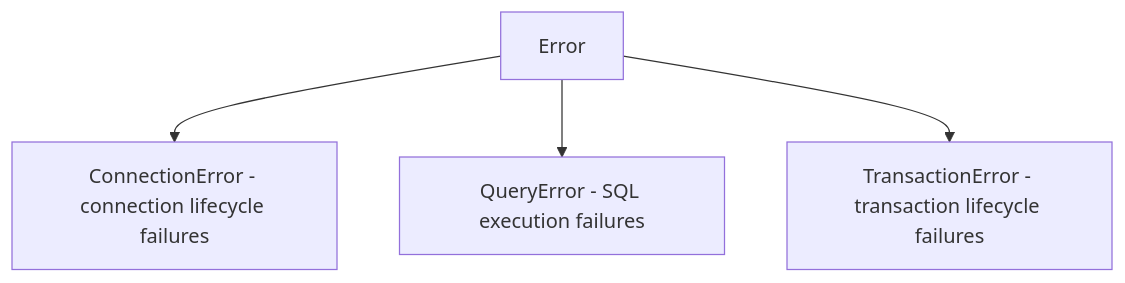
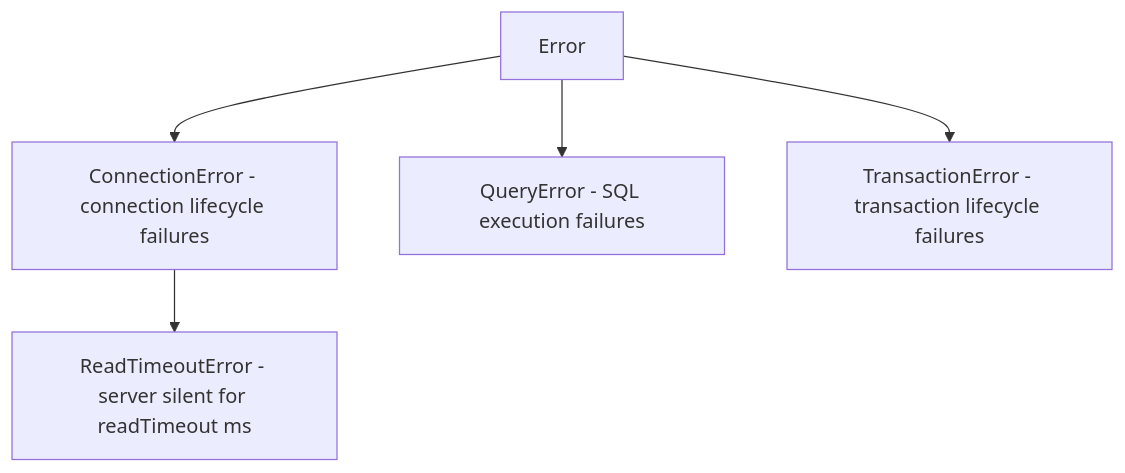
Before and after one commit to cubrid-lab/cubrid-client: the diagram in docs/API_REFERENCE.md, drawn with Mermaid. The commit also changed other lines of this file and 15 other files, not shown here.

First line of the commit message:
feat: add a read timeout for queries

````diff
--- a/docs/API_REFERENCE.md
+++ b/docs/API_REFERENCE.md
@@ -320,6 +321,7 @@
 ```mermaid
 graph TD
     E[Error] --> C[ConnectionError - connection lifecycle failures]
     E --> Q[QueryError - SQL execution failures]
     E --> T[TransactionError - transaction lifecycle failures]
+    C --> R[ReadTimeoutError - server silent for readTimeout ms]
 ```
````
